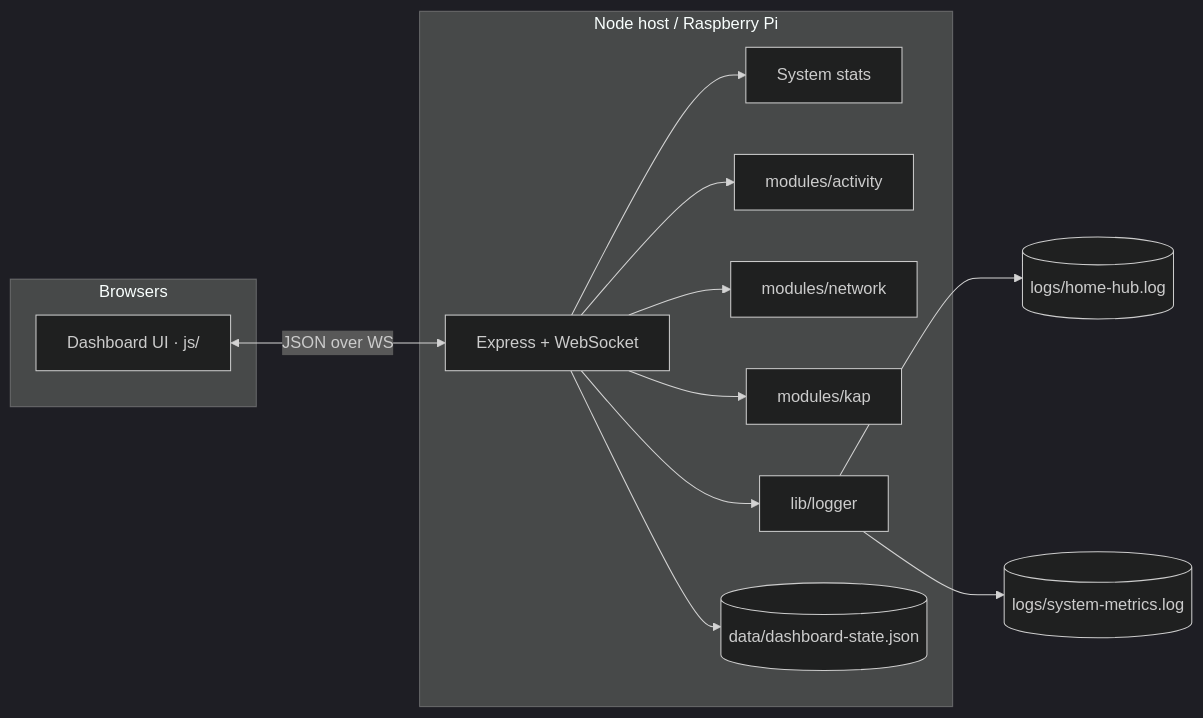
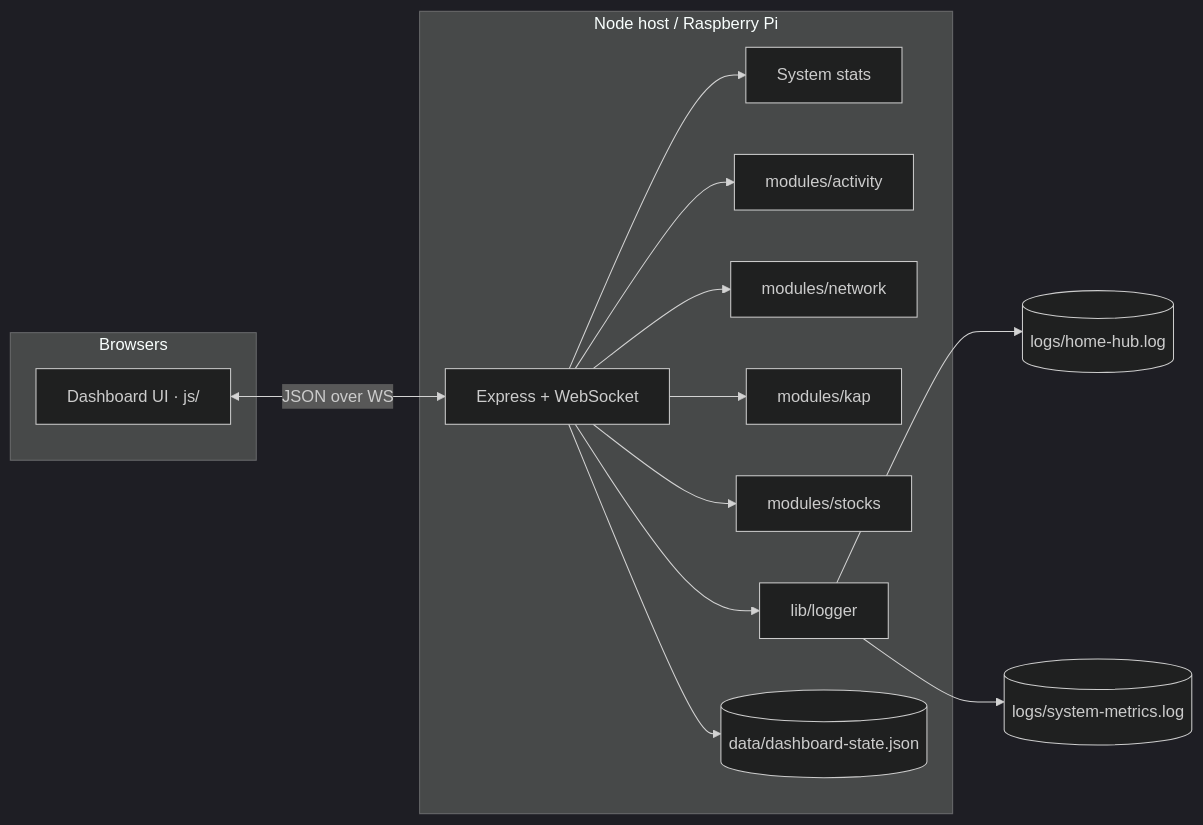
Before and after one commit to yigitcnsn/home-hub: the diagram in README.md, drawn with Mermaid (dark theme). The commit also changed other lines of this file and 10 other files, not shown here.

````diff
--- a/README.md
+++ b/README.md
@@ -142,26 +155,28 @@
 ```mermaid
 flowchart LR
   subgraph clients [Browsers]
     A[Dashboard UI · js/]
   end
 
   subgraph host [Node host / Raspberry Pi]
     B[Express + WebSocket]
     C[System stats]
     D[modules/activity]
     E[modules/network]
     F[modules/kap]
+    F2[modules/stocks]
     G[lib/logger]
     H[(data/dashboard-state.json)]
   end
 
   A <-->|JSON over WS| B
   B --> C
   B --> D
   B --> E
   B --> F
+  B --> F2
   B --> G
   B --> H
   G --> I[(logs/home-hub.log)]
   G --> J[(logs/system-metrics.log)]
 ```
````
